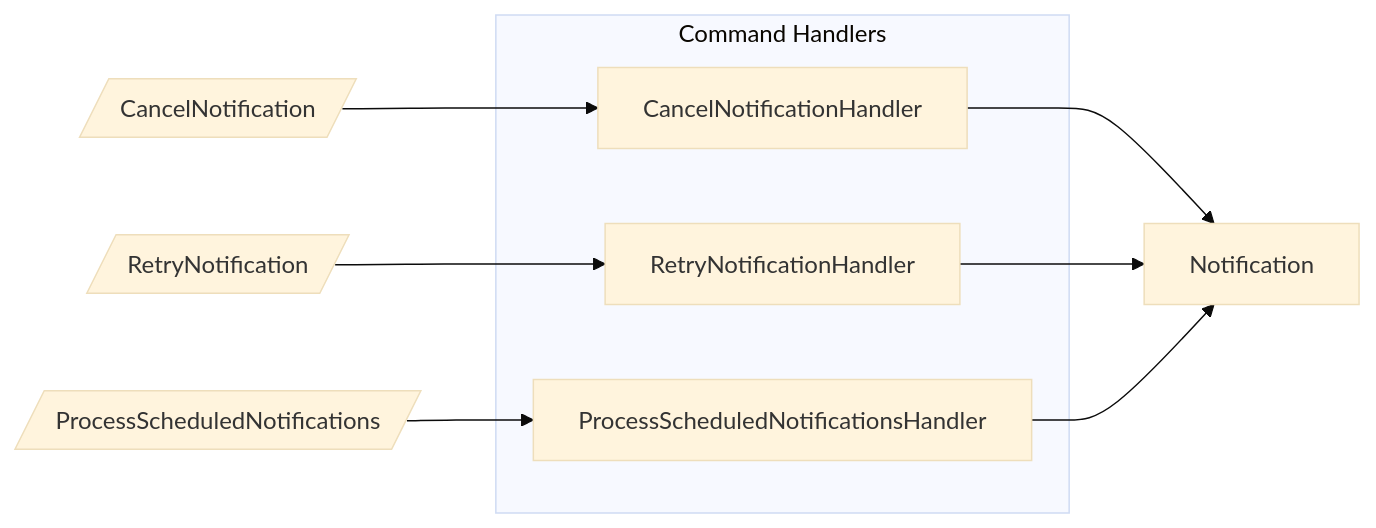
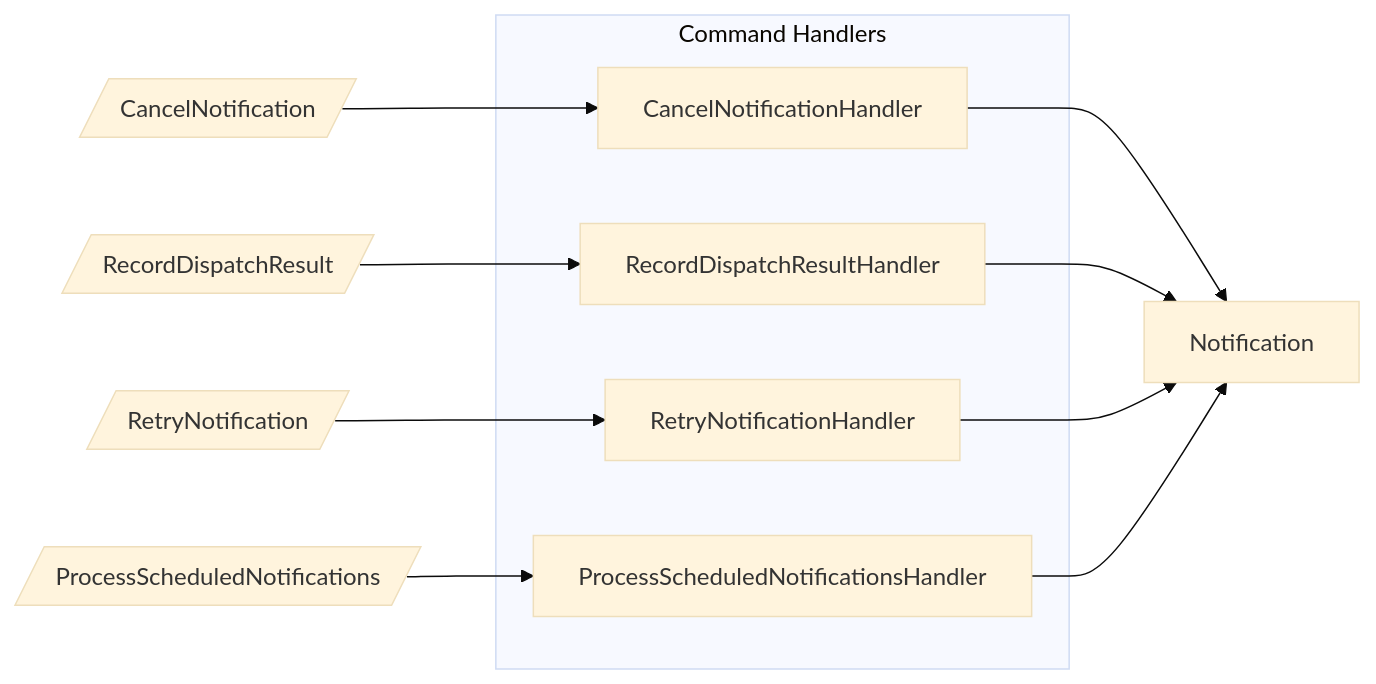
The first of 9 diagrams in docs/notifications/handler-wiring.md (proteanhq/shopstream), drawn with Mermaid (base theme) before and after one commit. The commit also changed other lines of this file and 33 other files, not shown here.

````diff
--- a/docs/notifications/handler-wiring.md
+++ b/docs/notifications/handler-wiring.md
@@ -3,14 +3,17 @@
 ```mermaid
 flowchart LR
     subgraph command_handlers["Command Handlers"]
         ch_notifications_notification_cancellation_CancelNotificationHandler[CancelNotificationHandler]
+        ch_notifications_notification_dispatch_RecordDispatchResultHandler[RecordDispatchResultHandler]
         ch_notifications_notification_retry_RetryNotificationHandler[RetryNotificationHandler]
         ch_notifications_notification_scheduler_ProcessScheduledNotificationsHandler[ProcessScheduledNotificationsHandler]
     end
     cmd_notifications_notification_cancellation_CancelNotification[/CancelNotification/] --> ch_notifications_notification_cancellation_CancelNotificationHandler
     ch_notifications_notification_cancellation_CancelNotificationHandler --> agg_notifications_notification_notification_Notification[Notification]
+    cmd_notifications_notification_dispatch_RecordDispatchResult[/RecordDispatchResult/] --> ch_notifications_notification_dispatch_RecordDispatchResultHandler
+    ch_notifications_notification_dispatch_RecordDispatchResultHandler --> agg_notifications_notification_notification_Notification[Notification]
     cmd_notifications_notification_retry_RetryNotification[/RetryNotification/] --> ch_notifications_notification_retry_RetryNotificationHandler
     ch_notifications_notification_retry_RetryNotificationHandler --> agg_notifications_notification_notification_Notification[Notification]
     cmd_notifications_notification_scheduler_ProcessScheduledNotifications[/ProcessScheduledNotifications/] --> ch_notifications_notification_scheduler_ProcessScheduledNotificationsHandler
     ch_notifications_notification_scheduler_ProcessScheduledNotificationsHandler --> agg_notifications_notification_notification_Notification[Notification]
 ```
````
